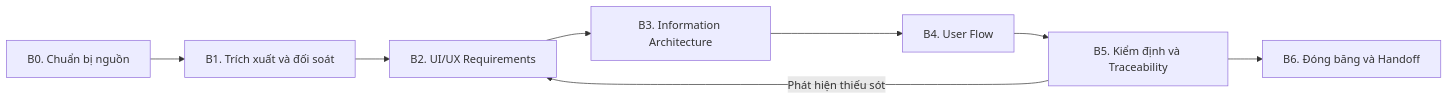
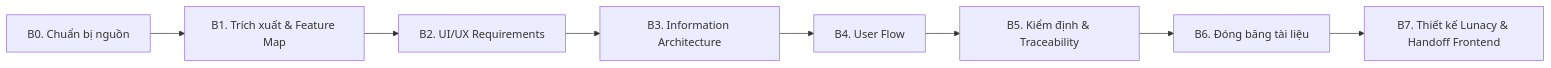
Before and after one commit to MillionChau/DevRadar: the diagram in docs/ui/QUY_TRINH_UIUX.md, drawn with Mermaid. The commit also changed other lines of this file and 52 other files, not shown here.

````diff
--- a/docs/ui/QUY_TRINH_UIUX.md
+++ b/docs/ui/QUY_TRINH_UIUX.md
@@ -11,10 +11,10 @@
 ```mermaid
 flowchart LR
-    B0[B0. Chuẩn bị nguồn] --> B1[B1. Trích xuất và đối soát]
+    B0[B0. Chuẩn bị nguồn] --> B1[B1. Trích xuất & Feature Map]
     B1 --> B2[B2. UI/UX Requirements]
     B2 --> B3[B3. Information Architecture]
     B3 --> B4[B4. User Flow]
-    B4 --> B5[B5. Kiểm định và Traceability]
-    B5 -->|Phát hiện thiếu sót| B2
-    B5 --> B6[B6. Đóng băng và Handoff]
+    B4 --> B5[B5. Kiểm định & Traceability]
+    B5 --> B6[B6. Đóng băng tài liệu]
+    B6 --> B7[B7. Thiết kế Lunacy & Handoff Frontend]
 ```
````
